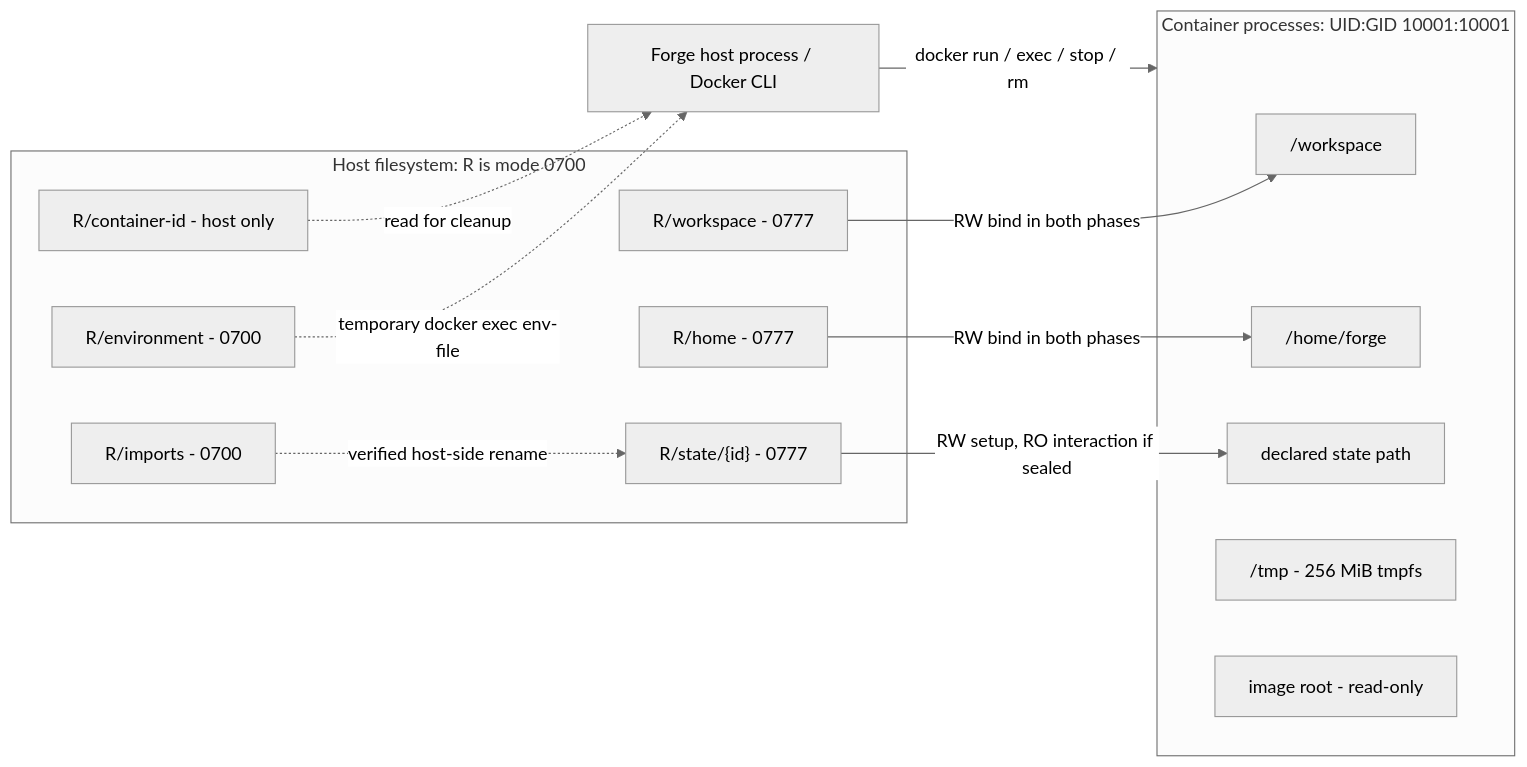
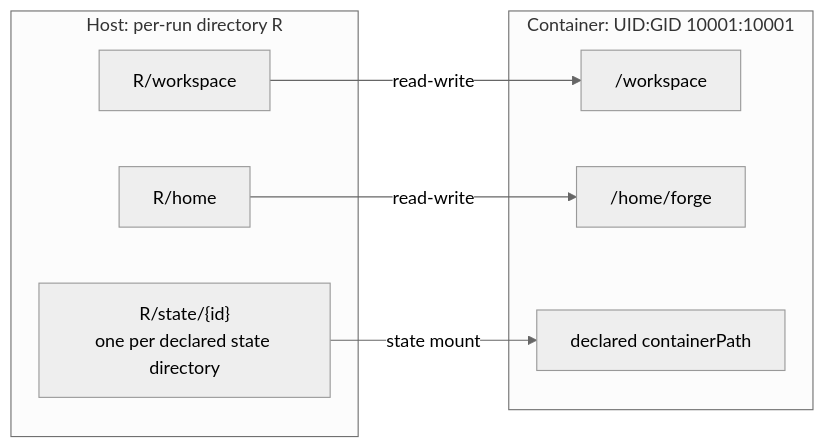
One commit to stripe/forge changed the third of 3 diagrams in docs/architecture.md. Above: the diagram before and after it, drawn with Mermaid (neutral theme). The commit also changed other lines of this file, not shown here.

First line of the commit message:
docs: clarify Docker mounts and permission modes

````diff
--- a/docs/architecture.md
+++ b/docs/architecture.md
@@ -456,27 +456,17 @@
 ```mermaid
 flowchart LR
-    subgraph Host["Host filesystem: R is mode 0700"]
-        W["R/workspace - 0777"]
-        H["R/home - 0777"]
-        S["R/state/{id} - 0777"]
-        I["R/imports - 0700"]
-        E["R/environment - 0700"]
-        C["R/container-id - host only"]
+    subgraph Host["Host: per-run directory R"]
+        W["R/workspace"]
+        H["R/home"]
+        S["R/state/{id}<br/>one per declared state directory"]
     end
-    CLI["Forge host process / Docker CLI"]
-    subgraph Container["Container processes: UID:GID 10001:10001"]
+    subgraph Container["Container: UID:GID 10001:10001"]
         CW["/workspace"]
         CH["/home/forge"]
-        CS["declared state path"]
-        T["/tmp - 256 MiB tmpfs"]
-        ROOT["image root - read-only"]
+        CS["declared containerPath"]
     end
 
-    W -->|RW bind in both phases| CW
-    H -->|RW bind in both phases| CH
-    S -->|RW setup, RO interaction if sealed| CS
-    I -.->|verified host-side rename| S
-    E -.->|temporary docker exec env-file| CLI
-    C -.->|read for cleanup| CLI
-    CLI -->|docker run / exec / stop / rm| Container
+    W -->|read-write| CW
+    H -->|read-write| CH
+    S -->|state mount| CS
 ```
````
